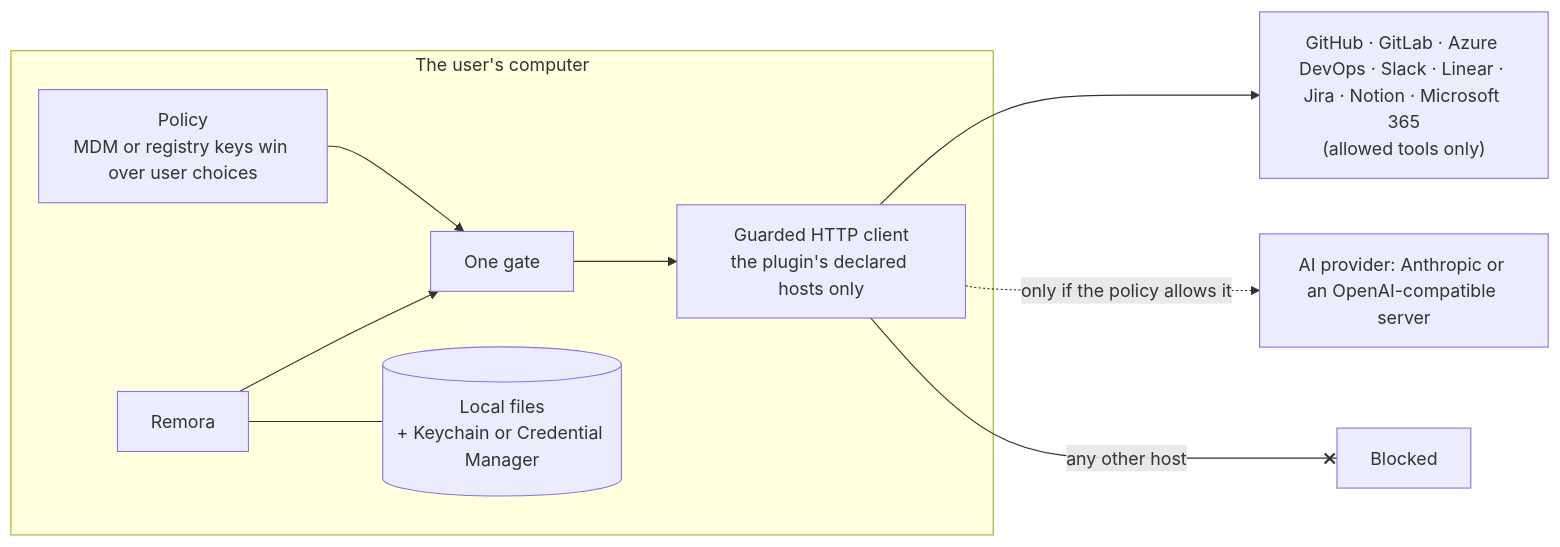
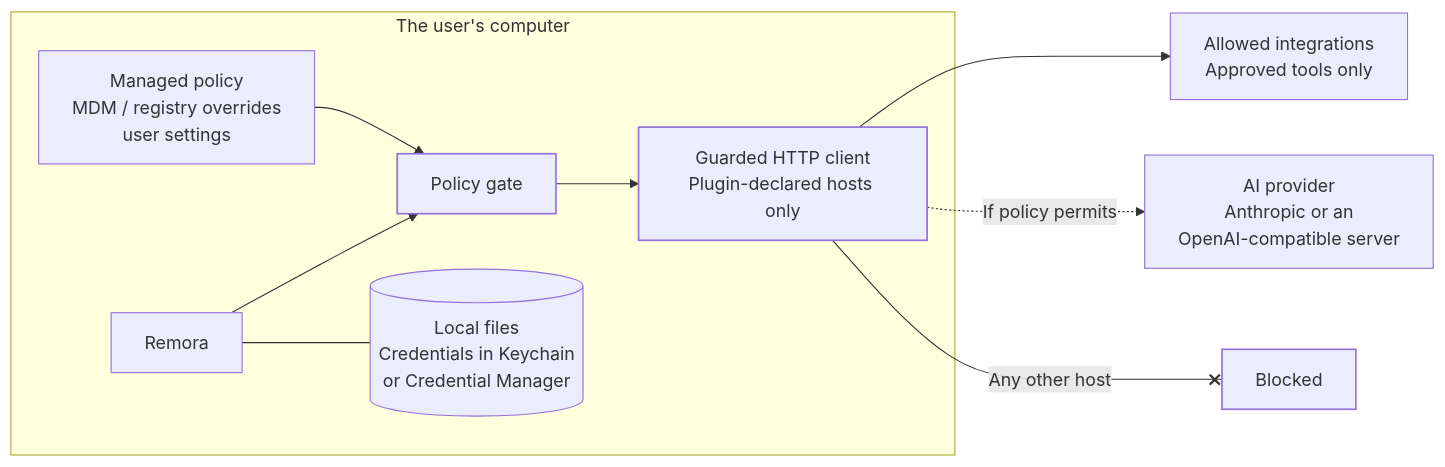
One commit to iGitScor/triage changed the diagram in docs/admin/index.md. Above: the diagram before and after it, drawn with Mermaid. The commit also changed other lines of this file and 4 other files, not shown here.

First line of the commit message:
docs(admin): a clearer enforcement diagram, in French too, and in the dark theme

````diff
--- a/docs/admin/index.md
+++ b/docs/admin/index.md
@@ -27,13 +27,25 @@
 ```mermaid
 flowchart LR
   subgraph Computer["The user's computer"]
-    UI["Remora"] --> Gate["One gate"]
-    Policy["Policy<br/>MDM or registry keys win over user choices"] --> Gate
-    Gate --> Client["Guarded HTTP client<br/>the plugin's declared hosts only"]
-    Store[("Local files<br/>+ Keychain or Credential Manager")]
+    UI["Remora"] --> Gate["Policy gate"]
+    Policy["Managed policy<br/>MDM / registry overrides<br/>user settings"] --> Gate
+    Gate --> Client["Guarded HTTP client<br/>Plugin-declared hosts only"]
+    Store[("Local files<br/>Credentials in Keychain<br/>or Credential Manager")]
     UI --- Store
   end
-  Client --> Tools["GitHub · GitLab · Azure DevOps · Slack · Linear · Jira · Notion · Microsoft 365<br/>(allowed tools only)"]
-  Client -. "only if the policy allows it" .-> Claude["AI provider: Anthropic or an OpenAI-compatible server"]
-  Client -- "any other host" --x Blocked["Blocked"]
+
+  Client --> Tools["Allowed integrations<br/>Approved tools only"]
+  Client -.->|"If policy permits"| AI["AI provider<br/>Anthropic or an<br/>OpenAI-compatible server"]
+  Client --x|"Any other host"| Blocked["Blocked"]
+
+  %% Colours in the docs theme (custom.css), light and dark.
+  classDef neutral stroke-width:1px;
+  classDef security stroke-width:1.5px;
+  classDef blocked stroke-width:1.5px;
+  classDef zone stroke-width:1px;
+
+  class UI,Policy,Store,Tools,AI neutral;
+  class Gate,Client security;
+  class Blocked blocked;
+  class Computer zone;
 ```
````
